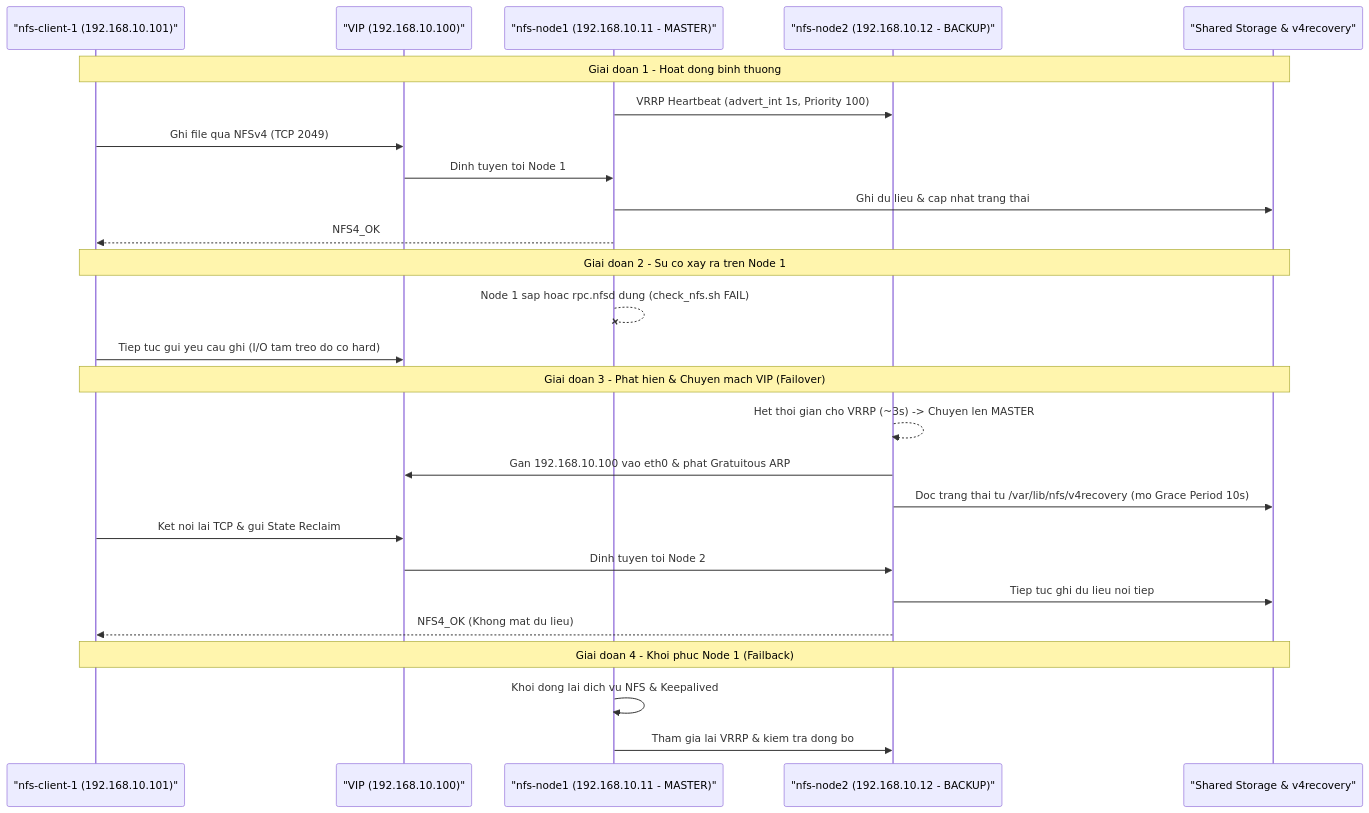
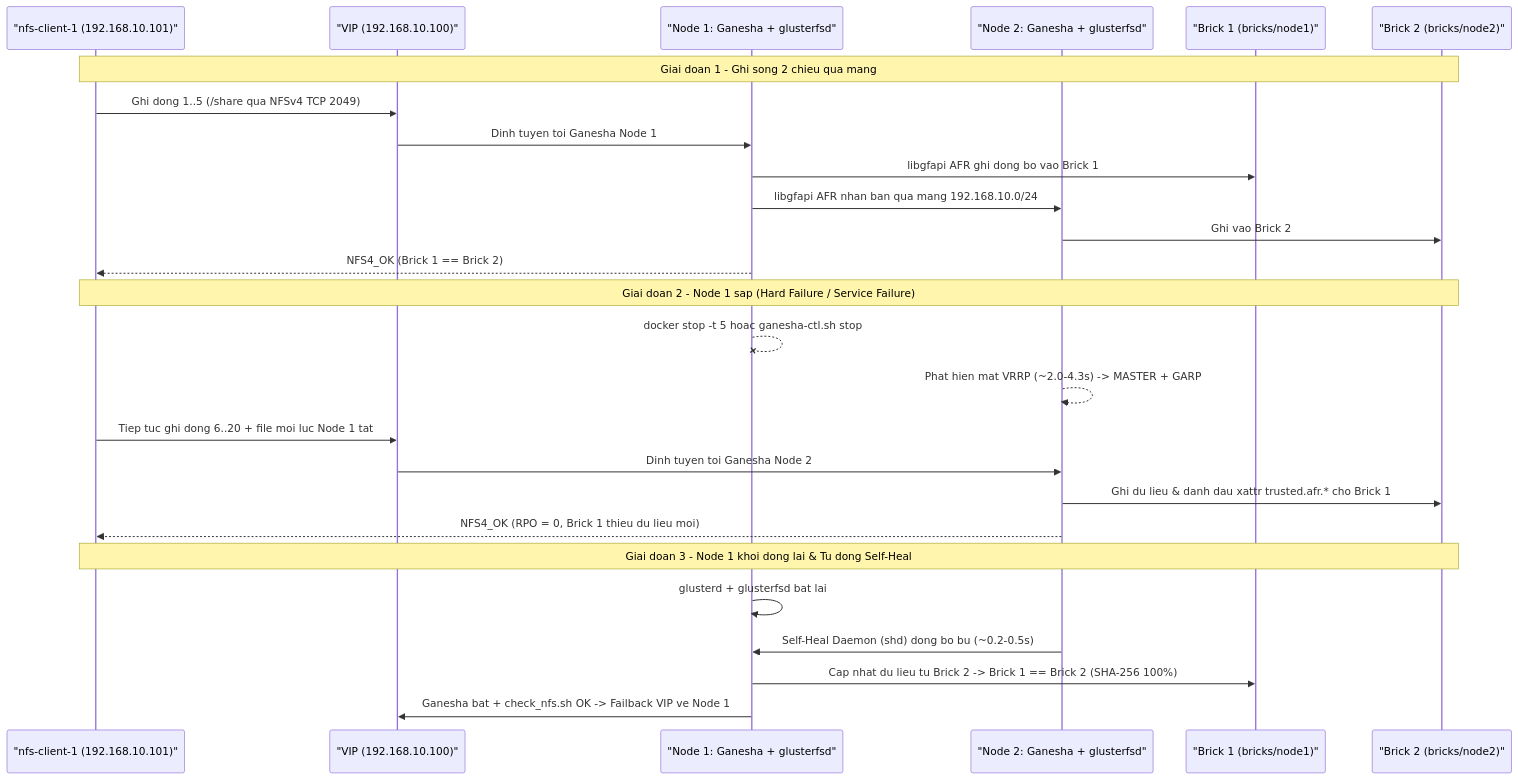
Before and after one commit to LEHOTHANHPHAT/NT132-Quan_Tri_Mang: the second of 2 diagrams in docs/04-ha-design.md, drawn with Mermaid. The commit also changed other lines of this file and 2 other files, not shown here.

First line of the commit message:
docs(Quoc): chuan hoa tai lieu HA ly thuyet, thiet ke GlusterFS-Ganesha va README

````diff
--- a/docs/04-ha-design.md
+++ b/docs/04-ha-design.md
@@ -159,32 +171,31 @@
 ```mermaid
 sequenceDiagram
     participant Client as "nfs-client-1 (192.168.10.101)"
     participant VIP as "VIP (192.168.10.100)"
-    participant Node1 as "nfs-node1 (192.168.10.11 - MASTER)"
-    participant Node2 as "nfs-node2 (192.168.10.12 - BACKUP)"
-    participant Storage as "Shared Storage & v4recovery"
+    participant N1 as "Node 1: Ganesha + glusterfsd"
+    participant N2 as "Node 2: Ganesha + glusterfsd"
+    participant B1 as "Brick 1 (bricks/node1)"
+    participant B2 as "Brick 2 (bricks/node2)"
 
-    Note over Client,Storage: Giai doan 1 - Hoat dong binh thuong
-    Node1->>Node2: VRRP Heartbeat (advert_int 1s, Priority 100)
-    Client->>VIP: Ghi file qua NFSv4 (TCP 2049)
-    VIP->>Node1: Dinh tuyen toi Node 1
-    Node1->>Storage: Ghi du lieu & cap nhat trang thai
-    Node1-->>Client: NFS4_OK
+    Note over Client,B2: Giai doan 1 - Ghi song 2 chieu qua mang
+    Client->>VIP: Ghi dong 1..5 (/share qua NFSv4 TCP 2049)
+    VIP->>N1: Dinh tuyen toi Ganesha Node 1
+    N1->>B1: libgfapi AFR ghi dong bo vao Brick 1
+    N1->>N2: libgfapi AFR nhan ban qua mang 192.168.10.0/24
+    N2->>B2: Ghi vao Brick 2
+    N1-->>Client: NFS4_OK (Brick 1 == Brick 2)
 
-    Note over Client,Storage: Giai doan 2 - Su co xay ra tren Node 1
-    Node1--xNode1: Node 1 sap hoac rpc.nfsd dung (check_nfs.sh FAIL)
-    Client->>VIP: Tiep tuc gui yeu cau ghi (I/O tam treo do co hard)
+    Note over Client,B2: Giai doan 2 - Node 1 sap (Hard Failure / Service Failure)
+    N1--xN1: docker stop -t 5 hoac ganesha-ctl.sh stop
+    N2-->>N2: Phat hien mat VRRP (~2.0-4.3s) -> MASTER + GARP
+    Client->>VIP: Tiep tuc ghi dong 6..20 + file moi luc Node 1 tat
+    VIP->>N2: Dinh tuyen toi Ganesha Node 2
+    N2->>B2: Ghi du lieu & danh dau xattr trusted.afr.* cho Brick 1
+    N2-->>Client: NFS4_OK (RPO = 0, Brick 1 thieu du lieu moi)
 
-    Note over Client,Storage: Giai doan 3 - Phat hien & Chuyen mach VIP (Failover)
-    Node2-->>Node2: Het thoi gian cho VRRP (~3s) -> Chuyen len MASTER
-    Node2->>VIP: Gan 192.168.10.100 vao eth0 & phat Gratuitous ARP
-    Node2->>Storage: Doc trang thai tu /var/lib/nfs/v4recovery (mo Grace Period 10s)
-    Client->>VIP: Ket noi lai TCP & gui State Reclaim
-    VIP->>Node2: Dinh tuyen toi Node 2
-    Node2->>Storage: Tiep tuc ghi du lieu noi tiep
-    Node2-->>Client: NFS4_OK (Khong mat du lieu)
-
-    Note over Client,Storage: Giai doan 4 - Khoi phuc Node 1 (Failback)
-    Node1->>Node1: Khoi dong lai dich vu NFS & Keepalived
-    Node1->>Node2: Tham gia lai VRRP & kiem tra dong bo
+    Note over Client,B2: Giai doan 3 - Node 1 khoi dong lai & Tu dong Self-Heal
+    N1->>N1: glusterd + glusterfsd bat lai
+    N2->>N1: Self-Heal Daemon (shd) dong bo bu (~0.2-0.5s)
+    N1->>B1: Cap nhat du lieu tu Brick 2 -> Brick 1 == Brick 2 (SHA-256 100%)
+    N1->>VIP: Ganesha bat + check_nfs.sh OK -> Failback VIP ve Node 1
 ```
````
